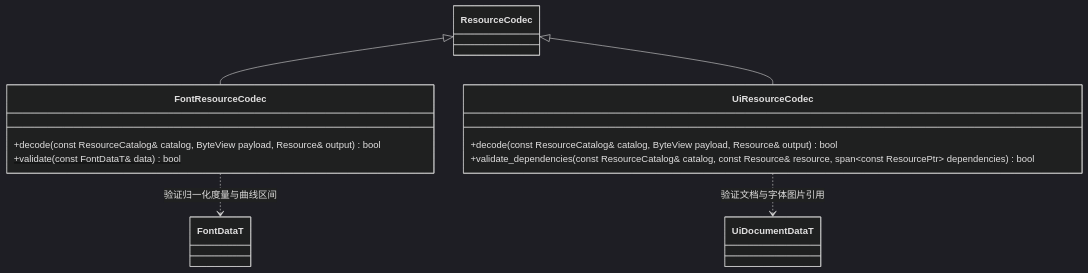
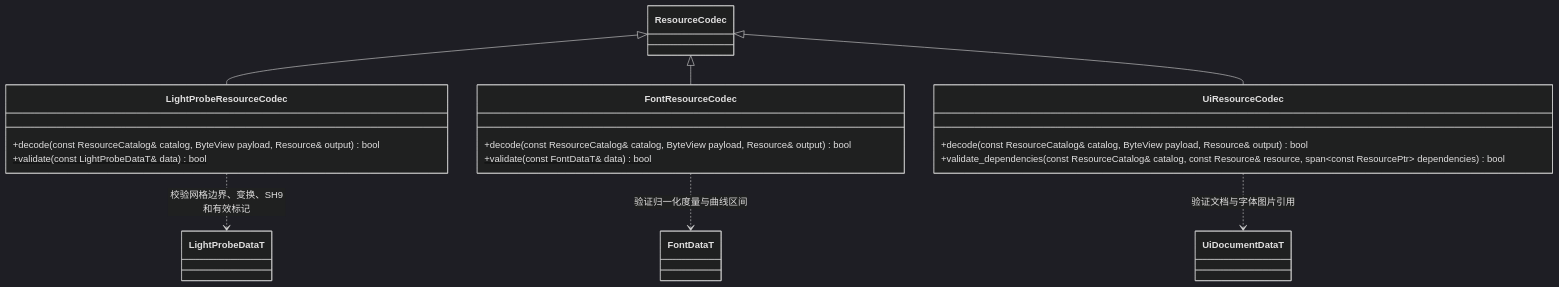
One commit to lcals/Engine changed the third of 5 diagrams in docs/runtime/class-diagrams/resource-codecs.md. Above: the diagram before and after it, drawn with Mermaid (dark theme). The commit also changed 305 other files, not shown here.

````diff
--- a/docs/runtime/class-diagrams/resource-codecs.md
+++ b/docs/runtime/class-diagrams/resource-codecs.md
@@ -77,15 +77,21 @@
 ```mermaid
 classDiagram
     class FontResourceCodec {
         +decode(const ResourceCatalog& catalog, ByteView payload, Resource& output) bool
         +validate(const FontDataT& data) bool$
     }
     class UiResourceCodec {
         +decode(const ResourceCatalog& catalog, ByteView payload, Resource& output) bool
         +validate_dependencies(const ResourceCatalog& catalog, const Resource& resource, span~const ResourcePtr~ dependencies) bool
     }
+    class LightProbeResourceCodec {
+        +decode(const ResourceCatalog& catalog, ByteView payload, Resource& output) bool
+        +validate(const LightProbeDataT& data) bool$
+    }
+    ResourceCodec <|-- LightProbeResourceCodec
+    LightProbeResourceCodec ..> LightProbeDataT : 校验网格边界、变换、SH9和有效标记
     ResourceCodec <|-- FontResourceCodec
     ResourceCodec <|-- UiResourceCodec
     FontResourceCodec ..> FontDataT : 验证归一化度量与曲线区间
     UiResourceCodec ..> UiDocumentDataT : 验证文档与字体图片引用
 ```
````
